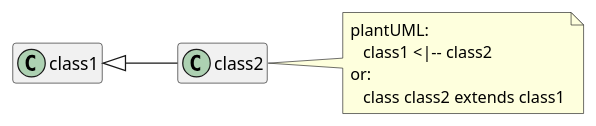
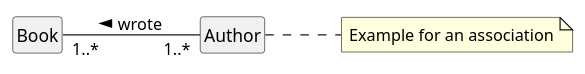
Before and after one commit to chraxo/UmlMarkdownCheatSheet: the eighth of 23 diagrams in uml_markdown_summary.md, drawn with PlantUML. The commit also changed other lines of this file, not shown here.

Commit message:
class diagram: further improvement

```diff
--- a/uml_markdown_summary.md
+++ b/uml_markdown_summary.md
@@ -199,14 +270,14 @@
 @startuml
+    skinparam classFontName Consolas
+    skinparam classAttributeFontName Consolas
+    skinparam noteFontName Consolas
+
+    hide empty members
     left to right direction
-    skinparam noteFontName Consolas
-    hide empty members
+    skinparam style strictuml
 
-    class1 <|-- class2
-
-    note right of class2
-        plantUML: 
-           class1 <|-- class2
-        or:
-           class class2 extends class1
+    Book "1..*" -- "1..*" Author: < wrote
+    note right
+        Example for an association
     end note
 @enduml
```
